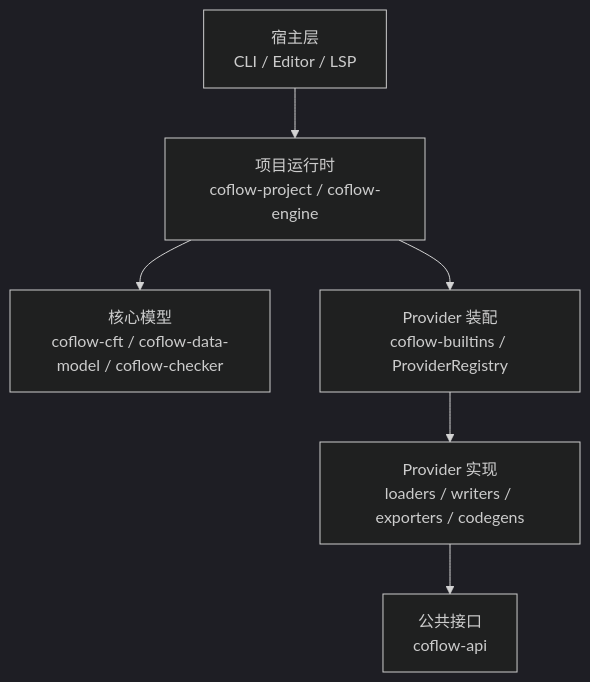
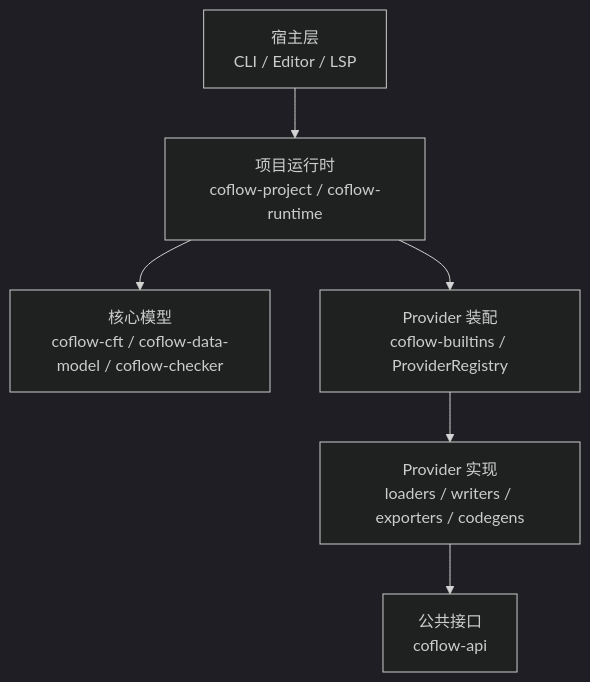
One commit to Puring103/coflow changed the second of 2 diagrams in website/docs/docs/reference/12-architecture.md. Above: the diagram before and after it, drawn with Mermaid (dark theme). The commit also changed other lines of this file and 10 other files, not shown here.

````diff
--- a/website/docs/docs/reference/12-architecture.md
+++ b/website/docs/docs/reference/12-architecture.md
@@ -42,8 +41,8 @@
 ```mermaid
 flowchart TD
-  Hosts["宿主层<br/>CLI / Editor / LSP"] --> Runtime["项目运行时<br/>coflow-project / coflow-engine"]
+  Hosts["宿主层<br/>CLI / Editor / LSP"] --> Runtime["项目运行时<br/>coflow-project / coflow-runtime"]
   Runtime --> Core["核心模型<br/>coflow-cft / coflow-data-model / coflow-checker"]
   Runtime --> Registry["Provider 装配<br/>coflow-builtins / ProviderRegistry"]
   Registry --> Providers["Provider 实现<br/>loaders / writers / exporters / codegens"]
   Providers --> API["公共接口<br/>coflow-api"]
 ```
````
